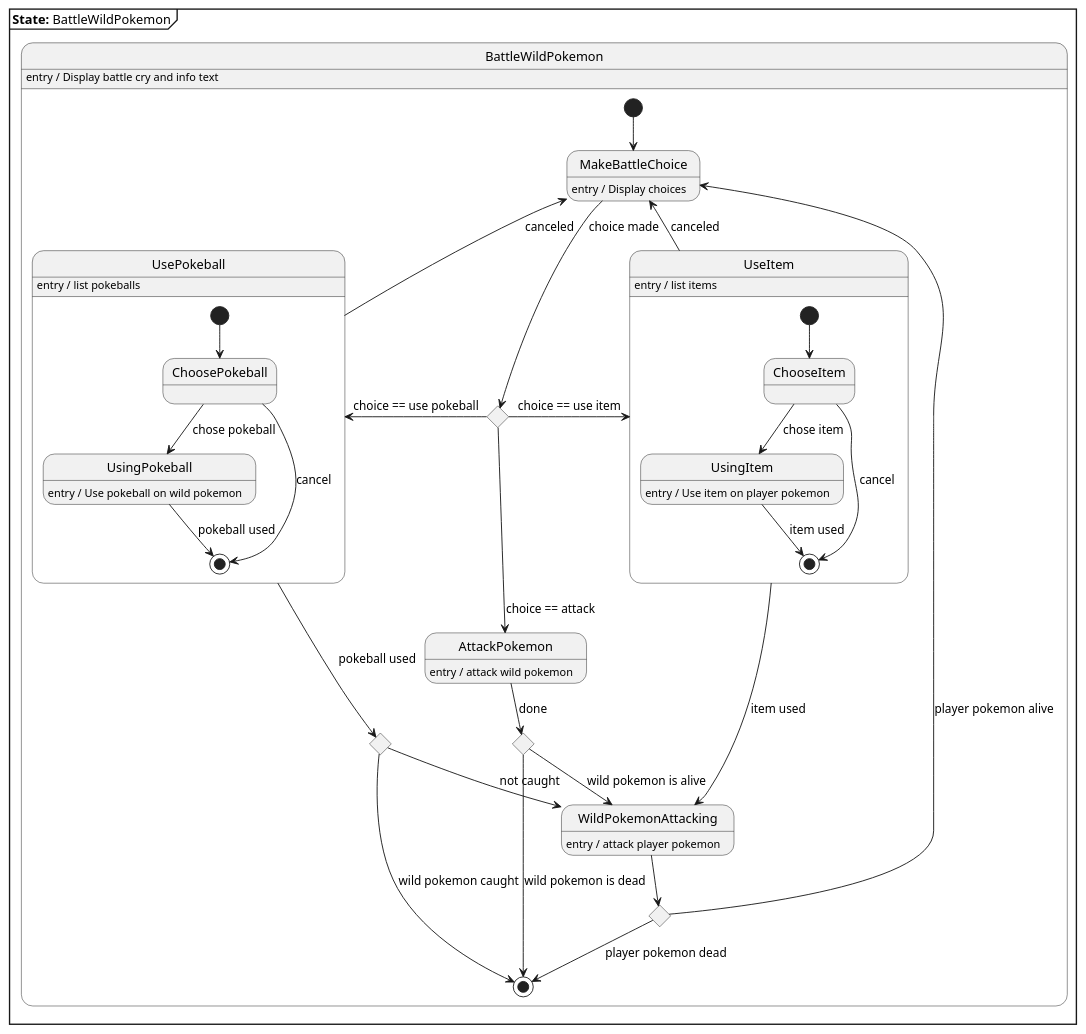
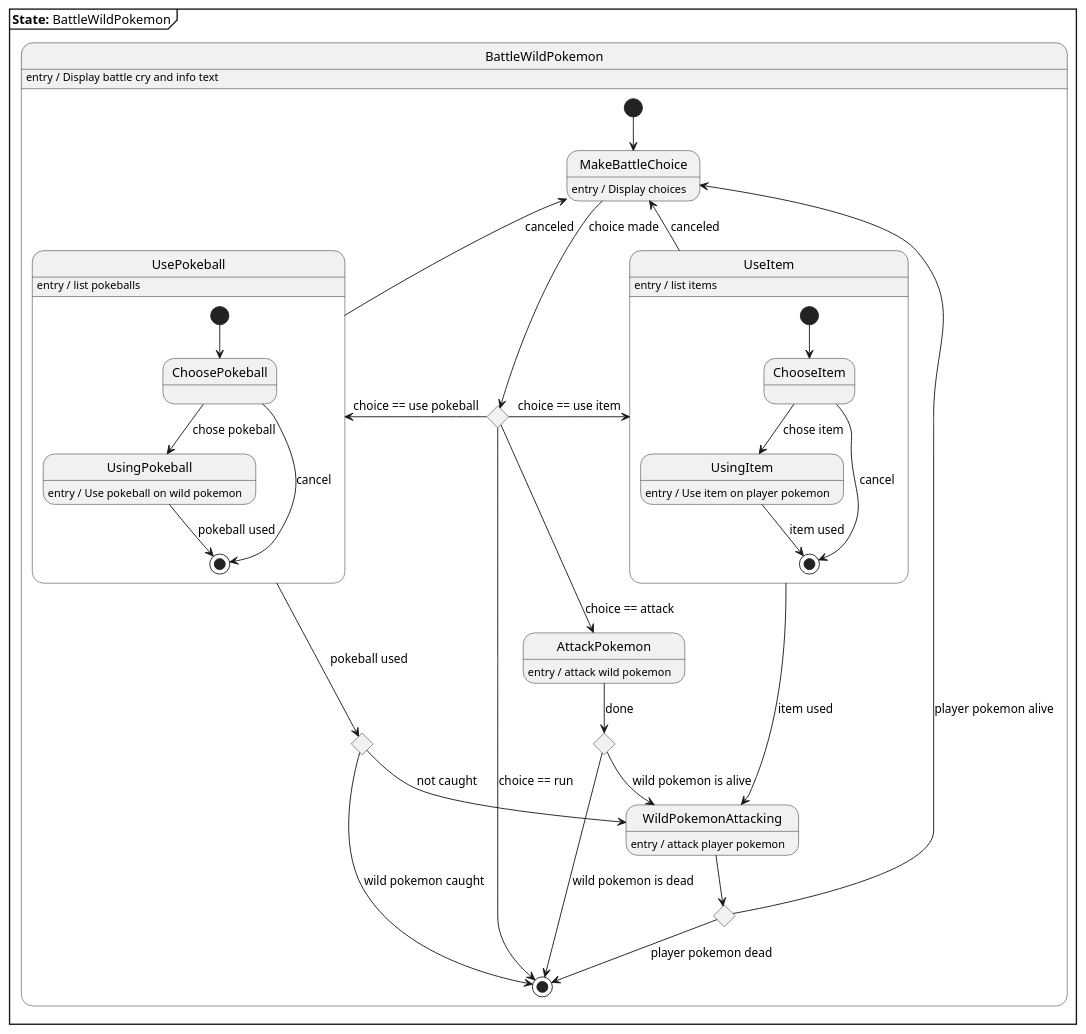
The diagram in diagrams/BattlePokemon_state_diagram.wsd (JonathanFL/APK_ExamProject_SesTilReeksamen), drawn with PlantUML before and after one commit. The commit also changed 1 other file, not shown here.

Commit message:
Updated diagram

```diff
--- a/diagrams/BattlePokemon_state_diagram.wsd
+++ b/diagrams/BattlePokemon_state_diagram.wsd
@@ -1,55 +1,56 @@
 @startuml BattlePokemon 
 skinparam monochrome true
 
 mainframe <b>State:</b> BattleWildPokemon
 state BattleWildPokemon {
     BattleWildPokemon : entry / Display battle cry and info text
     [*] -down-> MakeBattleChoice 
     MakeBattleChoice : entry / Display choices
     state BattleChoice <<choice>> 
     MakeBattleChoice -down-> BattleChoice : choice made
     state AttackPokemon {
         AttackPokemon : entry / attack wild pokemon 
     }
+    BattleChoice -up-> [*] : choice == run
     BattleChoice --> AttackPokemon : choice == attack
     state UseItem {
         UseItem : entry / list items
         state ChooseItem
         [*] --> ChooseItem 
         ChooseItem --> UsingItem : chose item
         UsingItem : entry / Use item on player pokemon
         ChooseItem --> [*] : cancel
         UsingItem --> [*] : item used
     }
     BattleChoice -right-> UseItem : choice == use item
     state UsePokeball {
         UsePokeball : entry / list pokeballs
         state ChoosePokeball
         [*] --> ChoosePokeball 
         ChoosePokeball --> UsingPokeball : chose pokeball
         UsingPokeball : entry / Use pokeball on wild pokemon
         ChoosePokeball --> [*] : cancel
         UsingPokeball --> [*] : pokeball used
     }
     BattleChoice -left-> UsePokeball : choice == use pokeball
     UseItem -up-> MakeBattleChoice : canceled 
     UsePokeball -up-> MakeBattleChoice : canceled
     state UsePokeballResult <<choice>>
     state WildPokemonTurn <<choice>>
     WildPokemonTurn --> WildPokemonAttacking : wild pokemon is alive
     state WildPokemonAttacking 
     WildPokemonAttacking : entry / attack player pokemon
     UsePokeball --> UsePokeballResult : pokeball used
     UsePokeballResult --> [*] : wild pokemon caught
     UsePokeballResult --> WildPokemonAttacking : not caught
     UseItem --> WildPokemonAttacking : item used
     AttackPokemon -down-> WildPokemonTurn : done
     state RoundDone <<choice>>
     WildPokemonAttacking --> RoundDone 
     RoundDone --> [*] : player pokemon dead 
     WildPokemonTurn --> [*] : wild pokemon is dead
     RoundDone --> MakeBattleChoice : player pokemon alive
     
 }
 
 @enduml
```
